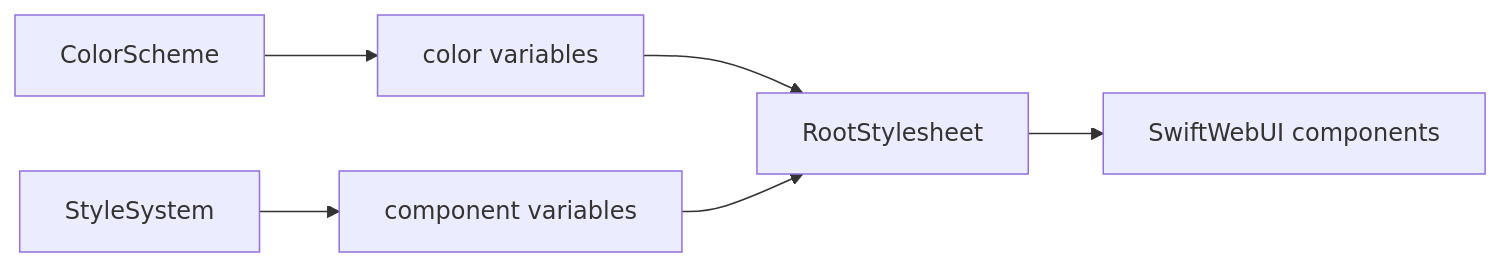
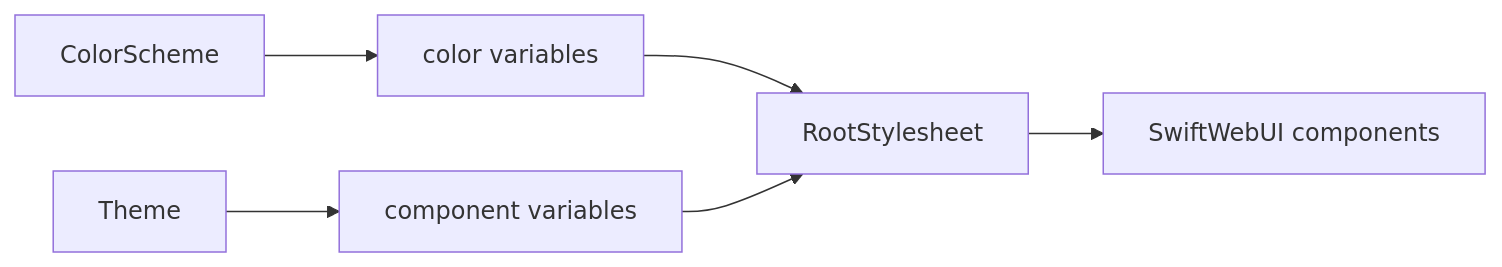
Before and after one commit to 1amageek/swift-web: the second of 4 diagrams in Sources/SwiftWebUI/Components/README.md, drawn with Mermaid. The commit also changed other lines of this file and 43 other files, not shown here.

First line of the commit message:
Rename StyleSystem to Theme

````diff
--- a/Sources/SwiftWebUI/Components/README.md
+++ b/Sources/SwiftWebUI/Components/README.md
@@ -88,8 +88,8 @@
 ```mermaid
 flowchart LR
   A["ColorScheme"] --> B["color variables"]
-  C["StyleSystem"] --> D["component variables"]
+  C["Theme"] --> D["component variables"]
   B --> E["RootStylesheet"]
   D --> E
   E --> F["SwiftWebUI components"]
 ```
````
